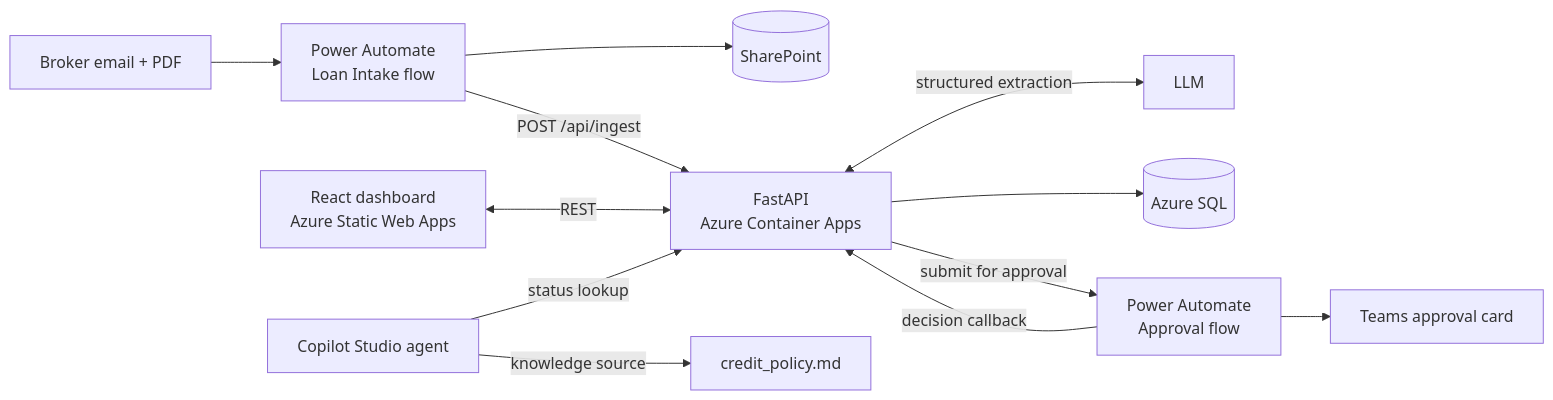
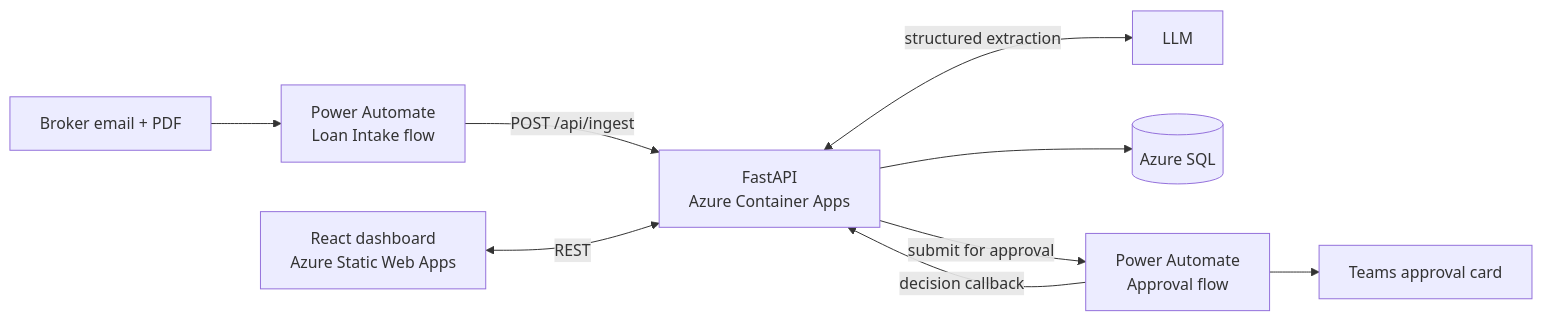
The diagram in README.md (sbbcod/LoanLens), drawn with Mermaid before and after one commit. The commit also changed other lines of this file, not shown here.

Commit message:
Match the README to what is built: no SharePoint archive or chat assistant

````diff
--- a/README.md
+++ b/README.md
@@ -32,14 +30,11 @@
 ```mermaid
 flowchart LR
     broker[Broker email + PDF] --> flow1[Power Automate<br/>Loan Intake flow]
-    flow1 --> sp[(SharePoint)]
     flow1 -->|POST /api/ingest| api[FastAPI<br/>Azure Container Apps]
     api <-->|structured extraction| llm[LLM]
     api --> db[(Azure SQL)]
     ui[React dashboard<br/>Azure Static Web Apps] <-->|REST| api
     api -->|submit for approval| flow2[Power Automate<br/>Approval flow]
     flow2 --> teams[Teams approval card]
     flow2 -->|decision callback| api
-    agent[Copilot Studio agent] -->|knowledge source| policy[credit_policy.md]
-    agent -->|status lookup| api
 ```
````
